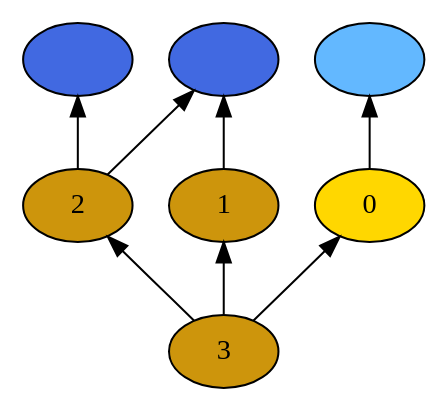
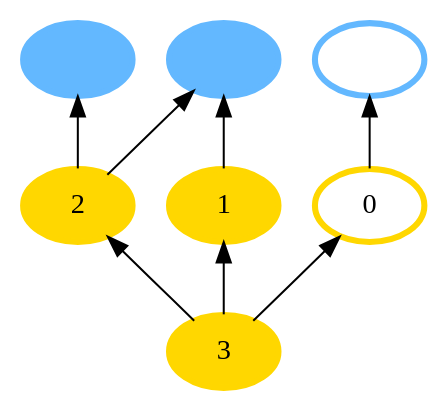
One commit to probcomp/Venturecxx changed the diagram in backend/cxx/pdf_graphs/tutorial_1/dot3.dot. Above: the diagram before and after it, drawn with Graphviz. The commit also changed 54 other files, not shown here.

```diff
--- a/backend/cxx/pdf_graphs/tutorial_1/dot3.dot
+++ b/backend/cxx/pdf_graphs/tutorial_1/dot3.dot
@@ -1,18 +1,18 @@
 digraph {
 rankdir=BT
 fontsize=24
-1["shape" ="ellipse" "style" ="filled" "fillcolor" ="darkgoldenrod3" "label" ="3" ]
-2["shape" ="ellipse" "style" ="filled" "fillcolor" ="darkgoldenrod3" "label" ="2" ]
-3["shape" ="ellipse" "style" ="filled" "fillcolor" ="darkgoldenrod3" "label" ="1" ]
-4["shape" ="ellipse" "style" ="filled" "fillcolor" ="gold" "label" ="0" ]
-5["shape" ="ellipse" "style" ="filled" "fillcolor" ="royalblue" "label" ="" ]
-6["shape" ="ellipse" "style" ="filled" "fillcolor" ="royalblue" "label" ="" ]
-7["shape" ="ellipse" "style" ="filled" "fillcolor" ="steelblue1" "label" ="" ]
+1["style" ="filled" "color" ="gold" "label" ="3" "shape" ="ellipse" "fillcolor" ="gold" "penwidth" ="3" ]
+2["style" ="filled" "color" ="gold" "label" ="2" "shape" ="ellipse" "fillcolor" ="gold" "penwidth" ="3" ]
+3["style" ="filled" "color" ="gold" "label" ="1" "shape" ="ellipse" "fillcolor" ="gold" "penwidth" ="3" ]
+4["style" ="filled" "color" ="gold" "label" ="0" "shape" ="ellipse" "fillcolor" ="white" "penwidth" ="3" ]
+5["style" ="filled" "color" ="steelblue1" "label" ="" "shape" ="ellipse" "fillcolor" ="steelblue1" "penwidth" ="3" ]
+6["style" ="filled" "color" ="steelblue1" "label" ="" "shape" ="ellipse" "fillcolor" ="steelblue1" "penwidth" ="3" ]
+7["style" ="filled" "color" ="steelblue1" "label" ="" "shape" ="ellipse" "fillcolor" ="white" "penwidth" ="3" ]
 1 -> 2["color" ="black" "style" ="solid" "arrowhead" ="normal" ]
 1 -> 3["color" ="black" "style" ="solid" "arrowhead" ="normal" ]
 1 -> 4["color" ="black" "style" ="solid" "arrowhead" ="normal" ]
 2 -> 5["color" ="black" "style" ="solid" "arrowhead" ="normal" ]
 2 -> 6["color" ="black" "style" ="solid" "arrowhead" ="normal" ]
 3 -> 6["color" ="black" "style" ="solid" "arrowhead" ="normal" ]
 4 -> 7["color" ="black" "style" ="solid" "arrowhead" ="normal" ]
 }
```
